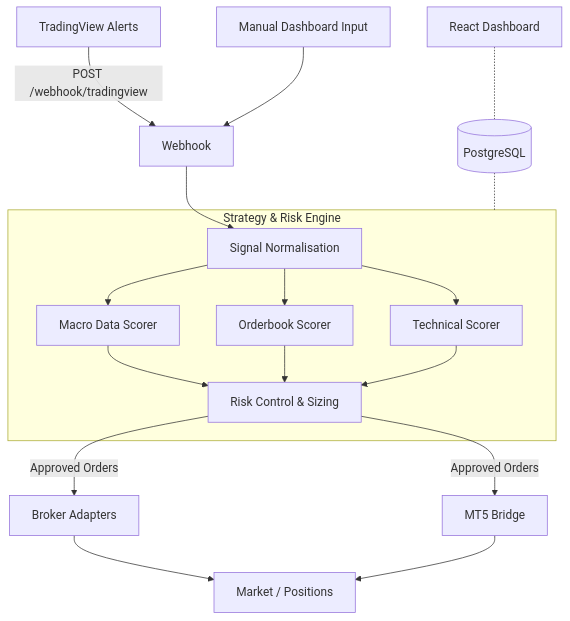
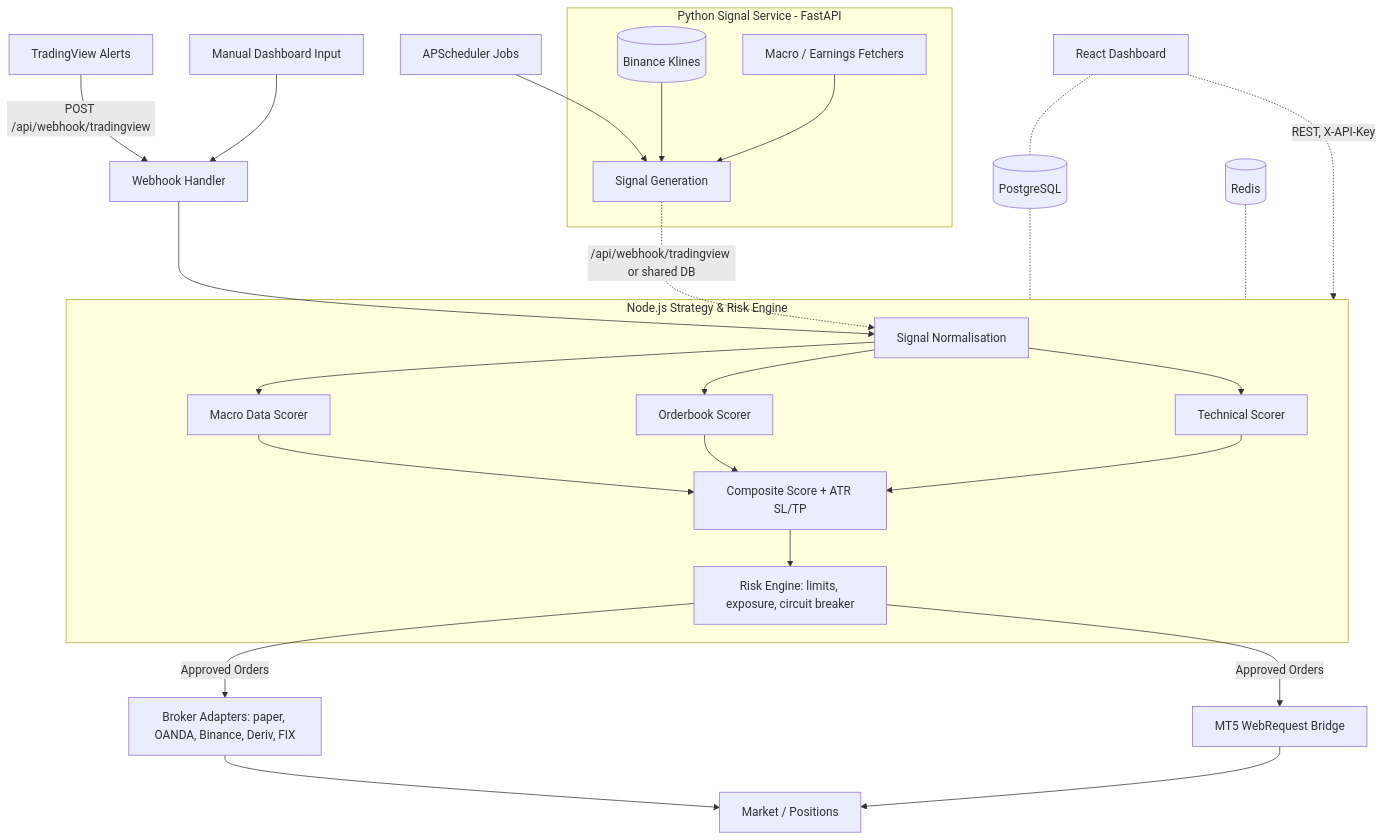
Before and after one commit to infoexchangebm/External-trading-engineV2: the diagram in README.md, drawn with Mermaid. The commit also changed other lines of this file and 9 other files, not shown here.

````diff
--- a/README.md
+++ b/README.md
@@ -49,23 +67,35 @@
 ```mermaid
 flowchart TD
-    TV[TradingView Alerts] --> |POST /webhook/tradingview| Webhook
+    TV[TradingView Alerts] -->|POST /api/webhook/tradingview| Webhook[Webhook Handler]
     Manual[Manual Dashboard Input] --> Webhook
-    
+    Scheduler[APScheduler Jobs] --> PySignal
+
+    subgraph PyService[Python Signal Service - FastAPI]
+        PySignal[Signal Generation]
+        Binance[(Binance Klines)] --> PySignal
+        Macro1[Macro / Earnings Fetchers] --> PySignal
+    end
+
     Webhook --> Normalisation[Signal Normalisation]
-    
-    subgraph Engine[Strategy & Risk Engine]
+
+    subgraph NodeEngine[Node.js Strategy & Risk Engine]
         Normalisation --> Macro[Macro Data Scorer]
         Normalisation --> Orderbook[Orderbook Scorer]
         Normalisation --> Tech[Technical Scorer]
-        Macro & Orderbook & Tech --> Risk[Risk Control & Sizing]
+        Macro & Orderbook & Tech --> Composite[Composite Score + ATR SL/TP]
+        Composite --> Risk[Risk Engine: limits, exposure, circuit breaker]
     end
-    
-    Risk --> |Approved Orders| Adapters[Broker Adapters]
-    Risk --> |Approved Orders| MT5[MT5 Bridge]
-    
+
+    PySignal -.->|/api/webhook/tradingview or shared DB| Normalisation
+
+    Risk -->|Approved Orders| Adapters[Broker Adapters: paper, OANDA, Binance, Deriv, FIX]
+    Risk -->|Approved Orders| MT5[MT5 WebRequest Bridge]
+
     Adapters --> Market[Market / Positions]
     MT5 --> Market
-    
-    DB[(PostgreSQL)] -.- Engine
+
+    DB[(PostgreSQL)] -.- NodeEngine
+    Redis[(Redis)] -.- NodeEngine
     Dashboard[React Dashboard] -.- DB
+    Dashboard -.->|REST, X-API-Key| NodeEngine
 ```
````
